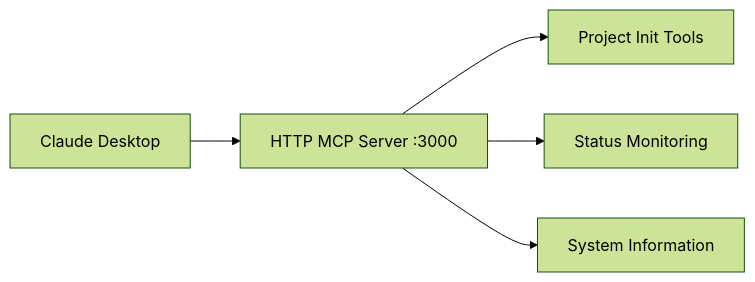
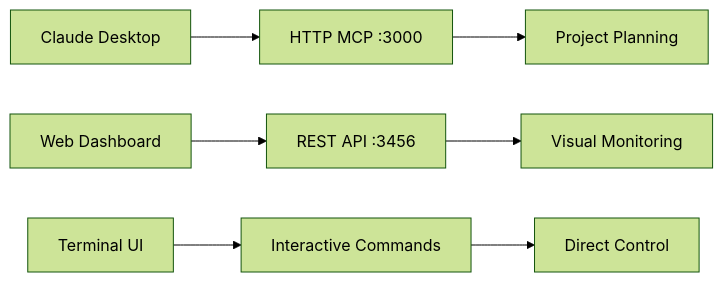
One commit to mikkihugo/zenflow changed the second of 3 diagrams in CLAUDE.md. Above: the diagram before and after it, drawn with Mermaid (forest theme). The commit also changed other lines of this file, not shown here.

First line of the commit message:
docs: Complete interface architecture documentation - all four interfaces

````diff
--- a/CLAUDE.md
+++ b/CLAUDE.md
@@ -110,7 +238,10 @@
 ```mermaid
 graph LR
-    A[Claude Desktop] --> B[HTTP MCP Server :3000]
-    B --> C[Project Init Tools]
-    B --> D[Status Monitoring]
-    B --> E[System Information]
+    A[Claude Desktop] --> B[HTTP MCP :3000]
+    C[Web Dashboard] --> D[REST API :3456]
+    E[Terminal UI] --> F[Interactive Commands]
+    
+    B --> G[Project Planning]
+    D --> H[Visual Monitoring]
+    F --> I[Direct Control]
 ```
````
